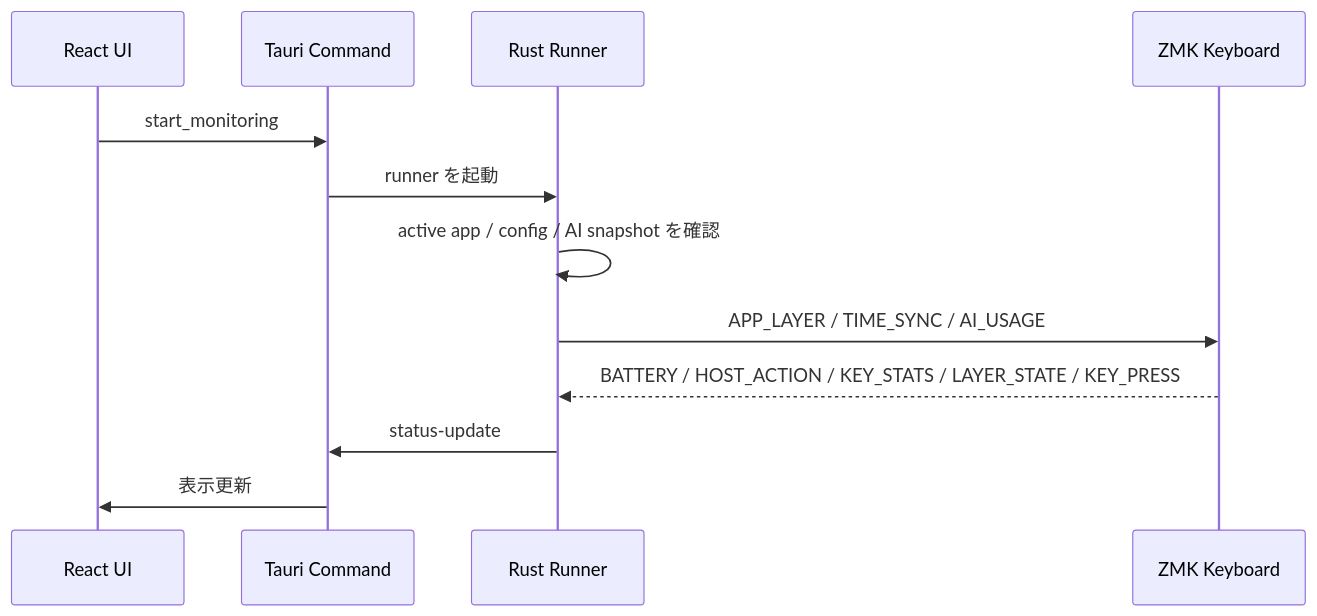
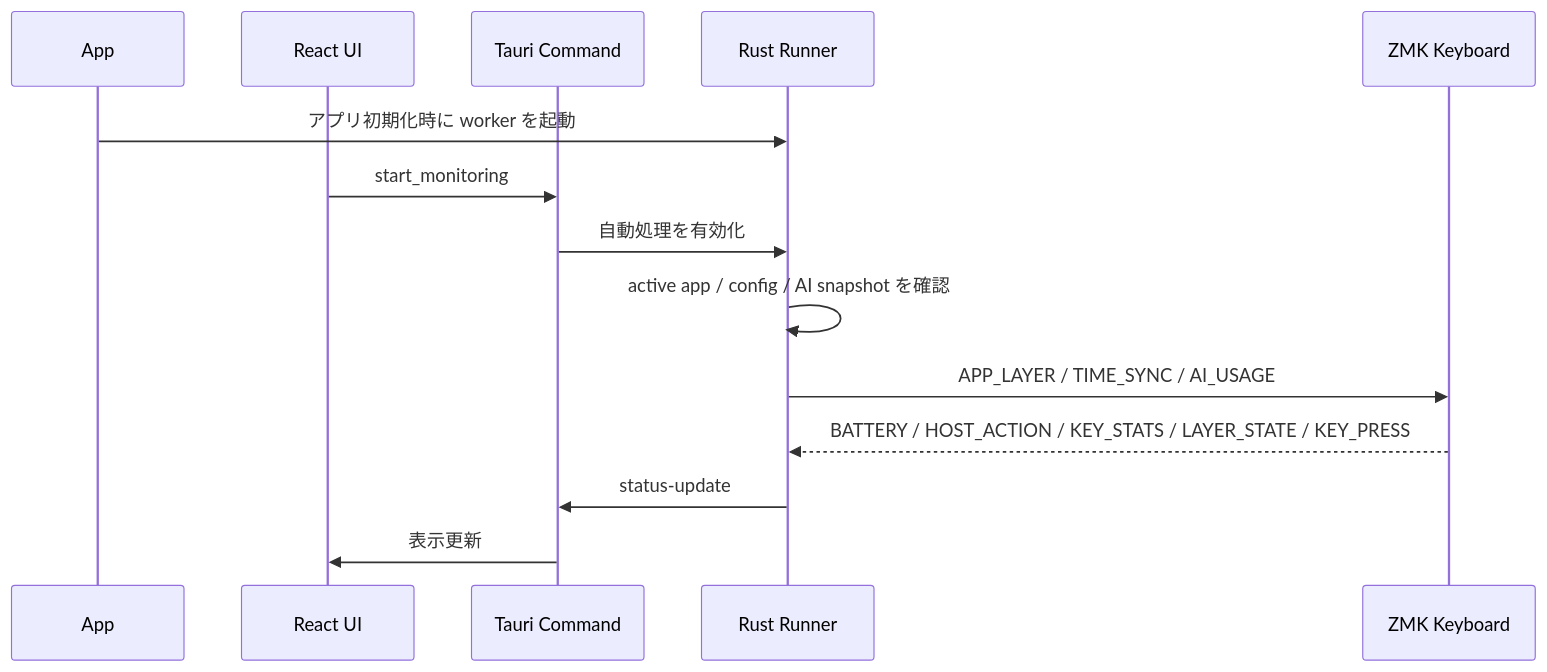
One commit to hrmt-lab/Keylink-Studio changed the second of 4 diagrams in docs/technology-overview.md. Above: the diagram before and after it, drawn with Mermaid. The commit also changed other lines of this file and 14 other files, not shown here.

````diff
--- a/docs/technology-overview.md
+++ b/docs/technology-overview.md
@@ -155,14 +154,16 @@
 ```mermaid
 sequenceDiagram
+    participant A as App
     participant UI as React UI
     participant T as Tauri Command
     participant R as Rust Runner
     participant K as ZMK Keyboard
+    A->>R: アプリ初期化時に worker を起動
     UI->>T: start_monitoring
-    T->>R: runner を起動
+    T->>R: 自動処理を有効化
     R->>R: active app / config / AI snapshot を確認
     R->>K: APP_LAYER / TIME_SYNC / AI_USAGE
     K-->>R: BATTERY / HOST_ACTION / KEY_STATS / LAYER_STATE / KEY_PRESS
     R->>T: status-update
     T->>UI: 表示更新
 ```
````
